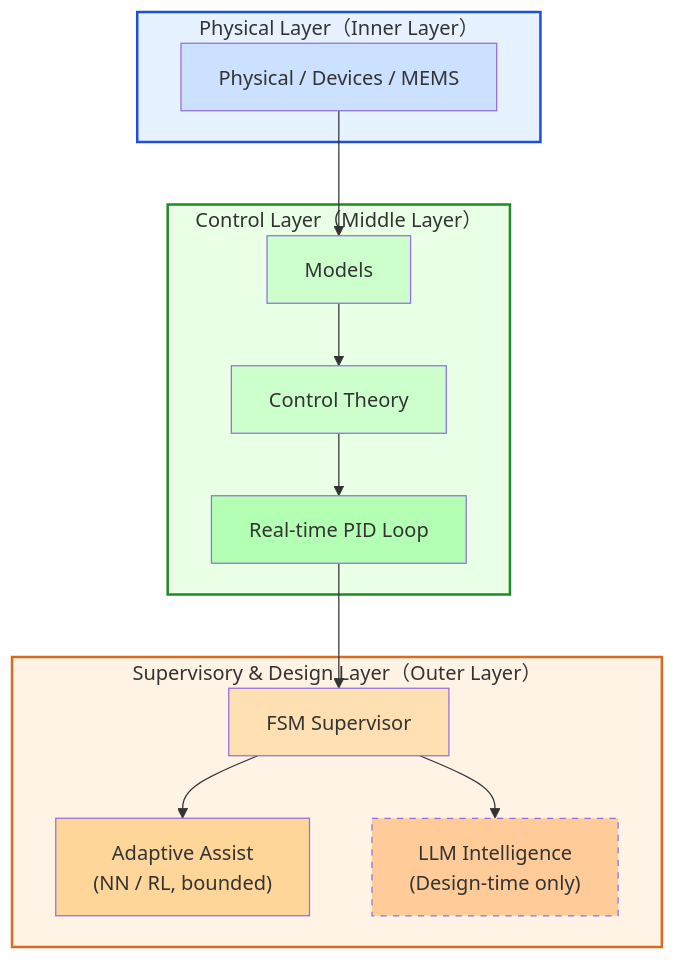
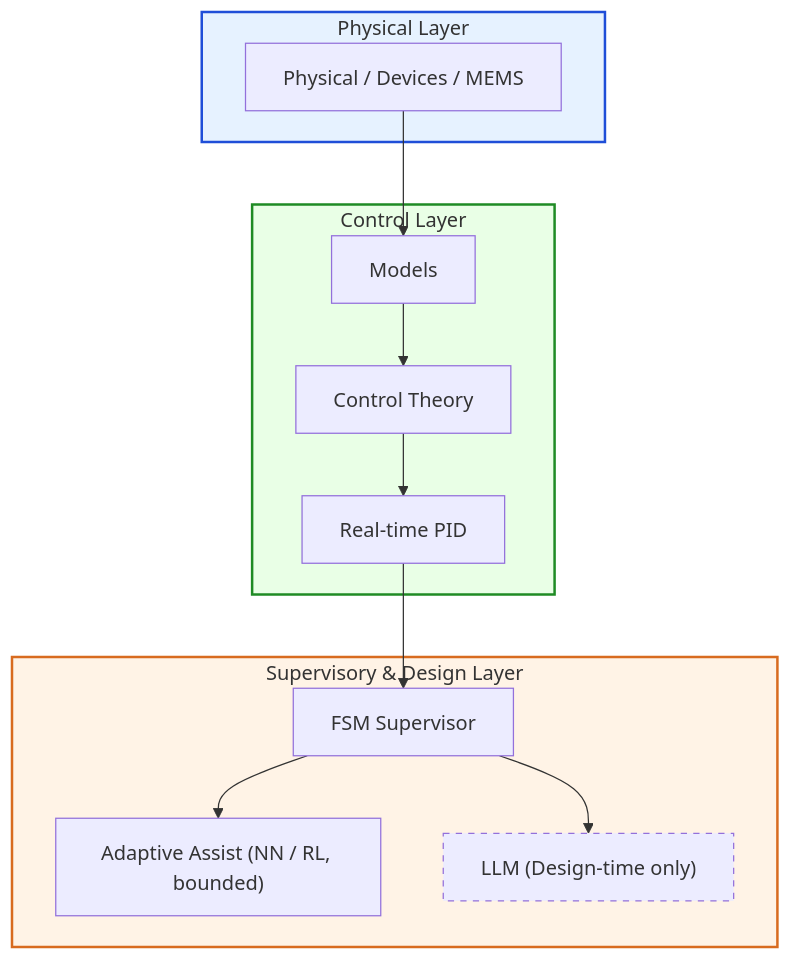
Before and after one commit to Samizo-AITL/Samizo-AITL.github.io: the diagram in portal/en/index.md, drawn with Mermaid. The commit also changed other lines of this file, not shown here.

````diff
--- a/portal/en/index.md
+++ b/portal/en/index.md
@@ -89,43 +78,33 @@
 ```mermaid
 flowchart TB
   %% ===== Physical Layer =====
-  subgraph PL["Physical Layer（Inner Layer）"]
+  subgraph PL["Physical Layer"]
     P["Physical / Devices / MEMS"]
   end
 
   %% ===== Control Layer =====
-  subgraph CL["Control Layer（Middle Layer）"]
+  subgraph CL["Control Layer"]
     M["Models"]
     C["Control Theory"]
-    R["Real-time PID Loop"]
+    R["Real-time PID"]
   end
 
   %% ===== Supervisory & Design Layer =====
-  subgraph SL["Supervisory & Design Layer（Outer Layer）"]
+  subgraph SL["Supervisory & Design Layer"]
     S["FSM Supervisor"]
-    A["Adaptive Assist\n(NN / RL, bounded)"]
-    I["LLM Intelligence\n(Design-time only)"]
+    A["Adaptive Assist (NN / RL, bounded)"]
+    I["LLM (Design-time only)"]
   end
 
   %% ===== Flow =====
-  P --> M
-  M --> C
-  C --> R
-  R --> S
+  P --> M --> C --> R --> S
   S --> A
   S --> I
 
   %% ===== Style =====
   style PL fill:#e6f2ff,stroke:#1f4ed8,stroke-width:2px
   style CL fill:#e9ffe6,stroke:#1f8b24,stroke-width:2px
   style SL fill:#fff3e6,stroke:#d86b1f,stroke-width:2px
 
-  style P fill:#cce0ff
-  style M fill:#ccffcc
-  style C fill:#ccffcc
-  style R fill:#b3ffb3
-
-  style S fill:#ffe0b3
-  style A fill:#ffd699
-  style I fill:#ffcc99,stroke-dasharray:5 5
+  style I stroke-dasharray:5 5
 ```
````
